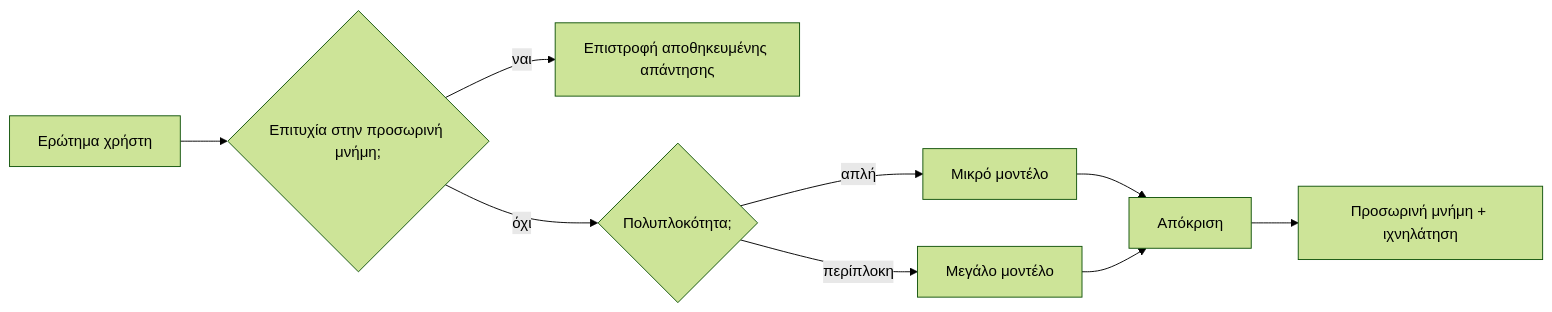
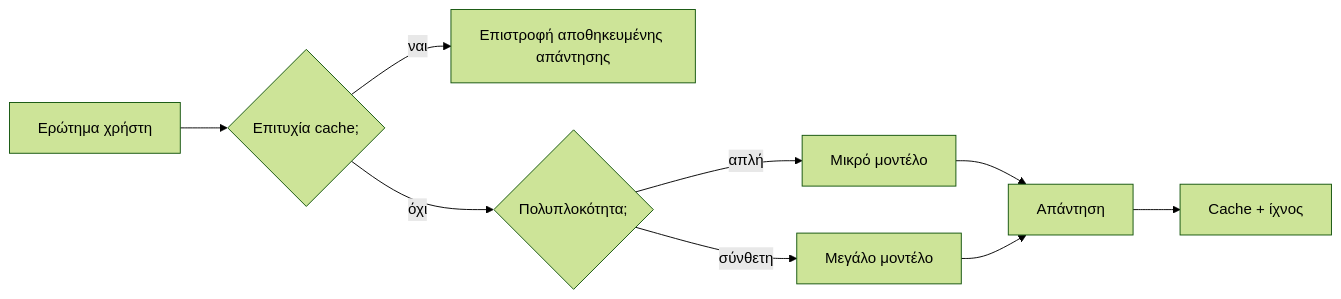
Before and after one commit to gabrielmoreira/agent-skills-mirror: the third of 4 diagrams in mirrors/repos/microsoft@ai-agents-for-beginners/translations/el/16-deploying-scalable-agents/README.md, drawn with Mermaid (forest theme). The commit also changed other lines of this file and 4262 other files, not shown here.

````diff
--- a/mirrors/repos/microsoft@ai-agents-for-beginners/translations/el/16-deploying-scalable-agents/README.md
+++ b/mirrors/repos/microsoft@ai-agents-for-beginners/translations/el/16-deploying-scalable-agents/README.md
@@ -134,11 +134,11 @@
 ```mermaid
 flowchart LR
-    Q[Ερώτημα χρήστη] --> C{Επιτυχία στην προσωρινή μνήμη;}
+    Q[Ερώτημα χρήστη] --> C{Επιτυχία cache;}
     C -->|ναι| R[Επιστροφή αποθηκευμένης απάντησης]
     C -->|όχι| Router{Πολυπλοκότητα;}
     Router -->|απλή| SLM[Μικρό μοντέλο]
-    Router -->|περίπλοκη| LLM[Μεγάλο μοντέλο]
-    SLM --> Out[Απόκριση]
+    Router -->|σύνθετη| LLM[Μεγάλο μοντέλο]
+    SLM --> Out[Απάντηση]
     LLM --> Out
-    Out --> Store[Προσωρινή μνήμη + ιχνηλάτηση]
+    Out --> Store[Cache + ίχνος]
 ```
````
